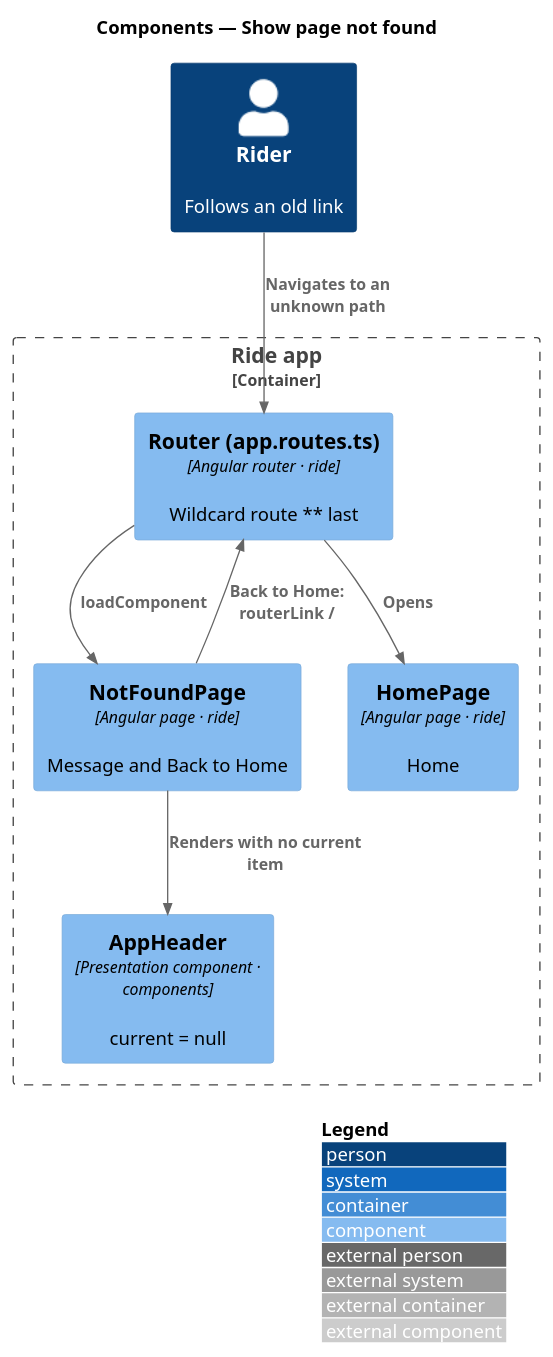
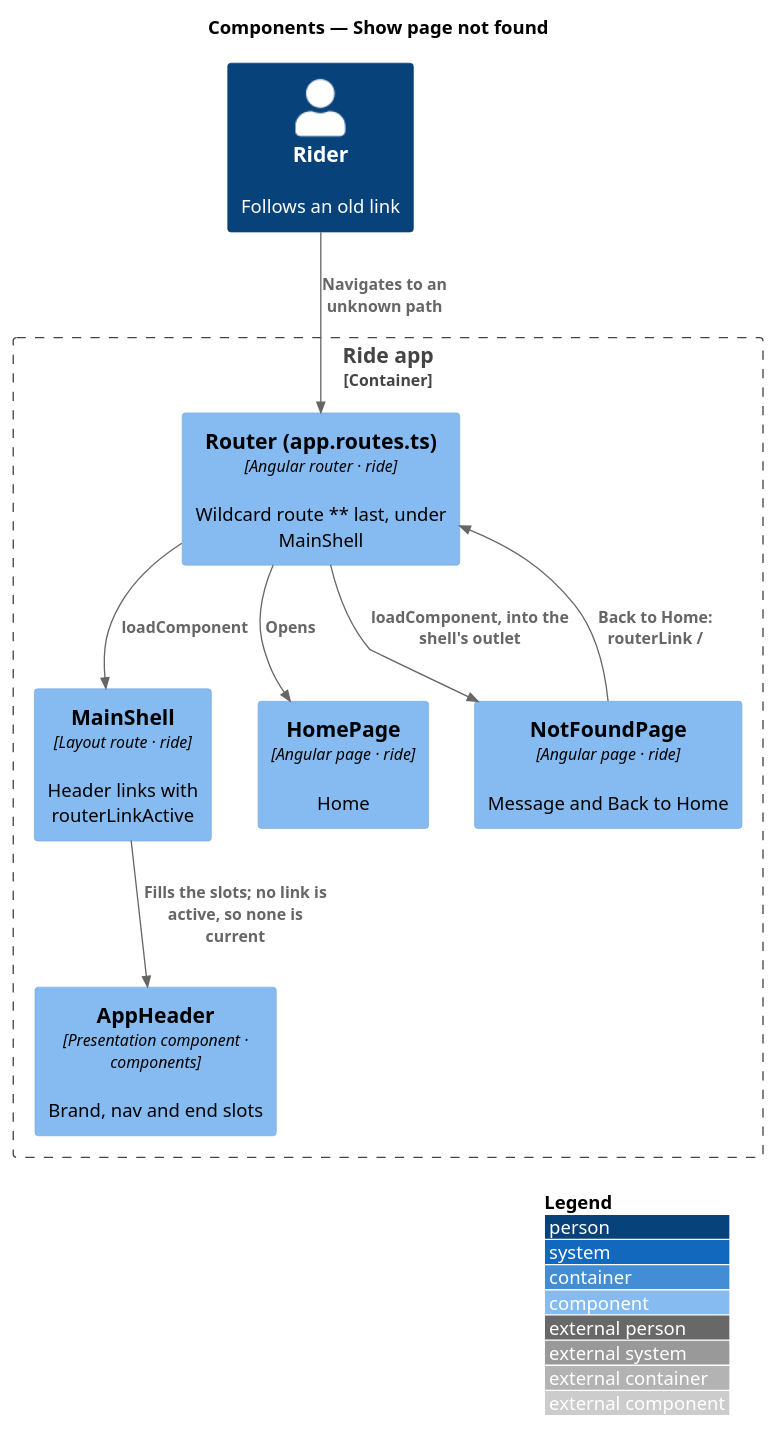
One commit to QuinntyneBrown/ride-one changed the diagram in docs/detailed-designs/ui/show-page-not-found/diagrams/c4-component.puml. Above: the diagram before and after it, drawn with PlantUML. The commit also changed 128 other files, not shown here.

```diff
--- a/docs/detailed-designs/ui/show-page-not-found/diagrams/c4-component.puml
+++ b/docs/detailed-designs/ui/show-page-not-found/diagrams/c4-component.puml
@@ -1,18 +1,20 @@
 @startuml
 !include <C4/C4_Component>
 LAYOUT_WITH_LEGEND()
 title Components — Show page not found
 
 Person(rider, "Rider", "Follows an old link")
 Container_Boundary(app, "Ride app") {
-  Component(router, "Router (app.routes.ts)", "Angular router · ride", "Wildcard route ** last")
+  Component(router, "Router (app.routes.ts)", "Angular router · ride", "Wildcard route ** last, under MainShell")
+  Component(shell, "MainShell", "Layout route · ride", "Header links with routerLinkActive")
   Component(page, "NotFoundPage", "Angular page · ride", "Message and Back to Home")
-  Component(header, "AppHeader", "Presentation component · components", "current = null")
+  Component(header, "AppHeader", "Presentation component · components", "Brand, nav and end slots")
   Component(home, "HomePage", "Angular page · ride", "Home")
 }
 Rel(rider, router, "Navigates to an unknown path")
-Rel(router, page, "loadComponent")
-Rel(page, header, "Renders with no current item")
+Rel(router, shell, "loadComponent")
+Rel(router, page, "loadComponent, into the shell's outlet")
+Rel(shell, header, "Fills the slots; no link is active, so none is current")
 Rel(page, router, "Back to Home: routerLink /")
 Rel(router, home, "Opens")
 @enduml
```
